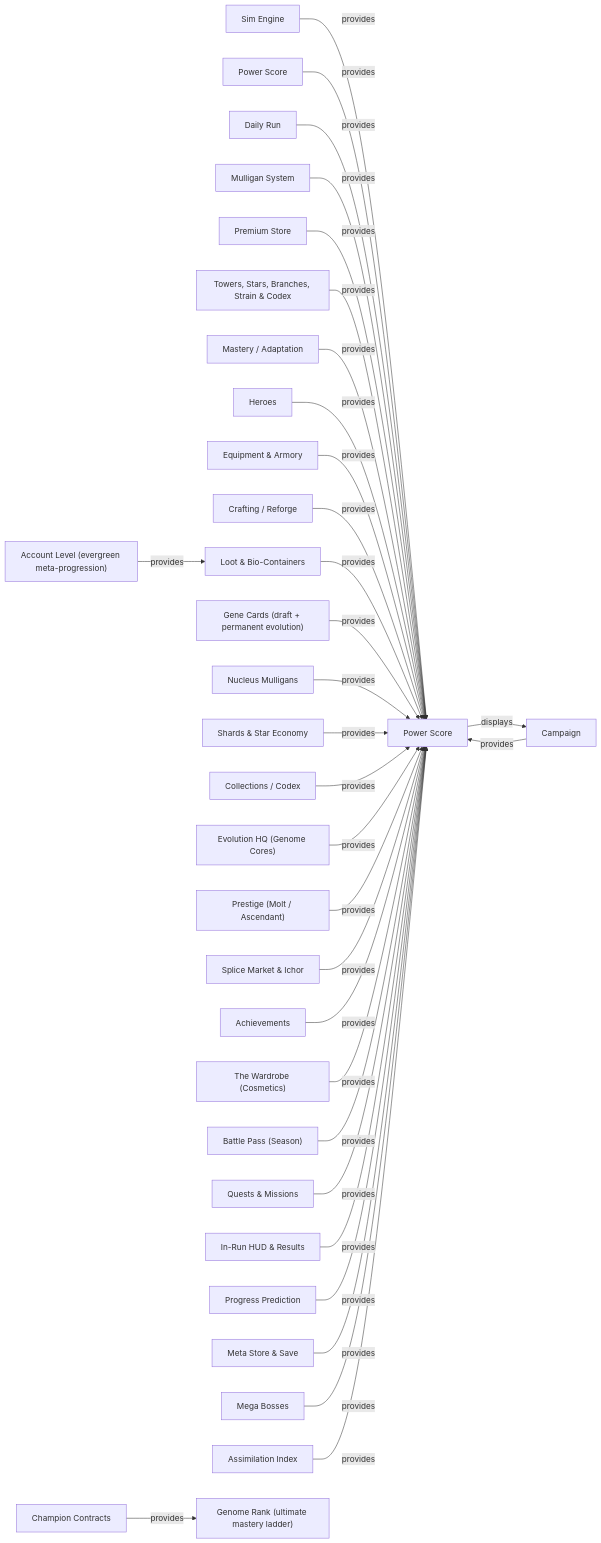
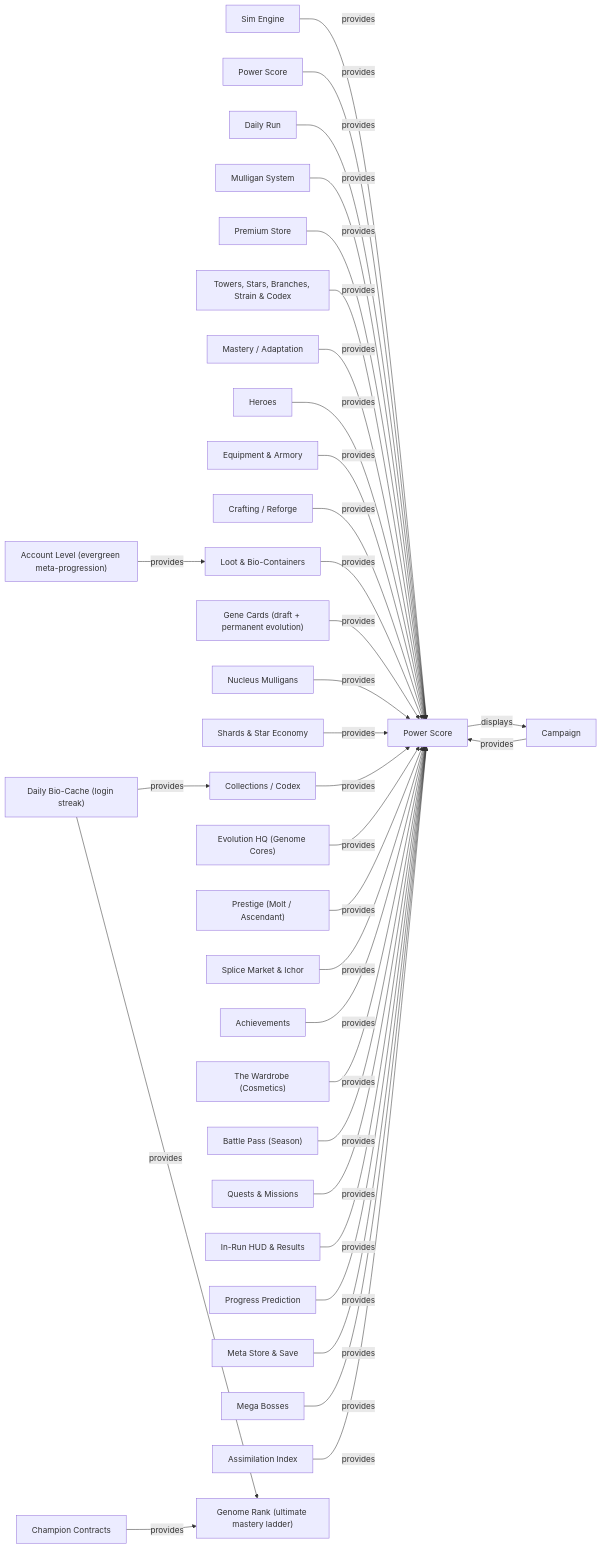
Before and after one commit to jathanalston-ship-it/TowerDefenseGame: the second of 4 diagrams in docs/DIL_GRAPH.md, drawn with Mermaid. The commit also changed other lines of this file and 27 other files, not shown here.

First line of the commit message:
Daily Bio-Cache: the infinite compounding login streak (save v38)

````diff
--- a/docs/DIL_GRAPH.md
+++ b/docs/DIL_GRAPH.md
@@ -145,34 +150,36 @@
 ```mermaid
 graph LR
   system_engine["Sim Engine"] -->|provides| concept_power_score["Power Score"]
   system_power["Power Score"] -->|provides| concept_power_score["Power Score"]
   system_campaign["Campaign"] -->|provides| concept_power_score["Power Score"]
   system_daily["Daily Run"] -->|provides| concept_power_score["Power Score"]
   system_mulligans["Mulligan System"] -->|provides| concept_power_score["Power Score"]
   system_premium["Premium Store"] -->|provides| concept_power_score["Power Score"]
   system_towers["Towers, Stars, Branches, Strain & Codex"] -->|provides| concept_power_score["Power Score"]
   system_mastery["Mastery / Adaptation"] -->|provides| concept_power_score["Power Score"]
   system_heroes["Heroes"] -->|provides| concept_power_score["Power Score"]
   system_equipment["Equipment & Armory"] -->|provides| concept_power_score["Power Score"]
   system_crafting["Crafting / Reforge"] -->|provides| concept_power_score["Power Score"]
   system_loot["Loot & Bio-Containers"] -->|provides| concept_power_score["Power Score"]
   system_gene_cards["Gene Cards (draft + permanent evolution)"] -->|provides| concept_power_score["Power Score"]
   system_nucleus["Nucleus Mulligans"] -->|provides| concept_power_score["Power Score"]
   system_shards_economy["Shards & Star Economy"] -->|provides| concept_power_score["Power Score"]
   system_collection["Collections / Codex"] -->|provides| concept_power_score["Power Score"]
   system_evolution_hq["Evolution HQ (Genome Cores)"] -->|provides| concept_power_score["Power Score"]
   system_prestige["Prestige (Molt / Ascendant)"] -->|provides| concept_power_score["Power Score"]
   system_splice_market["Splice Market & Ichor"] -->|provides| concept_power_score["Power Score"]
   system_achievements["Achievements"] -->|provides| concept_power_score["Power Score"]
   system_cosmetics["The Wardrobe (Cosmetics)"] -->|provides| concept_power_score["Power Score"]
   system_battle_pass["Battle Pass (Season)"] -->|provides| concept_power_score["Power Score"]
   system_quests["Quests & Missions"] -->|provides| concept_power_score["Power Score"]
   system_run_ui["In-Run HUD & Results"] -->|provides| concept_power_score["Power Score"]
   system_prediction["Progress Prediction"] -->|provides| concept_power_score["Power Score"]
   system_meta_store["Meta Store & Save"] -->|provides| concept_power_score["Power Score"]
   system_mega_bosses["Mega Bosses"] -->|provides| concept_power_score["Power Score"]
   system_assimilation["Assimilation Index"] -->|provides| concept_power_score["Power Score"]
+  system_daily_login["Daily Bio-Cache (login streak)"] -->|provides| system_genome_rank["Genome Rank (ultimate mastery ladder)"]
+  system_daily_login["Daily Bio-Cache (login streak)"] -->|provides| system_collection["Collections / Codex"]
   concept_power_score["Power Score"] -->|displays| system_campaign["Campaign"]
   system_account_level["Account Level (evergreen meta-progression)"] -->|provides| system_loot["Loot & Bio-Containers"]
   system_contracts["Champion Contracts"] -->|provides| system_genome_rank["Genome Rank (ultimate mastery ladder)"]
 ```
````
